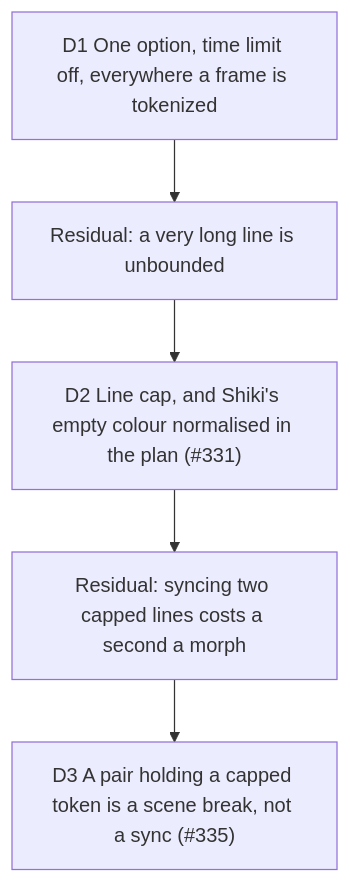
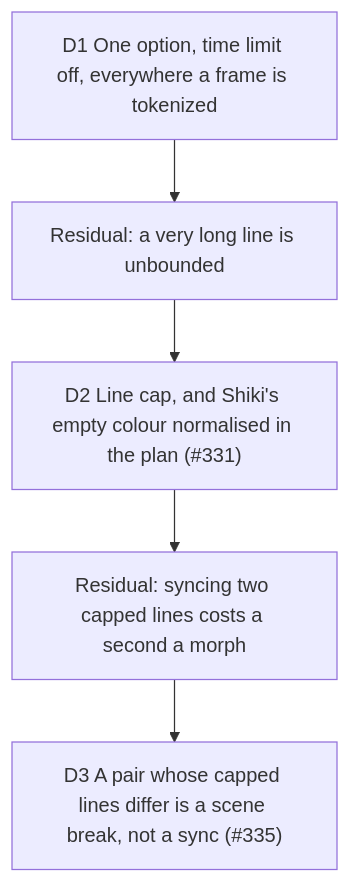
One commit to delhombre/typelapse changed the diagram in docs/decisions/2026-10-14-whole-line-tokenization.md. Above: the diagram before and after it, drawn with Mermaid. The commit also changed other lines of this file and 7 other files, not shown here.

First line of the commit message:
fix(magic-move): only differing capped lines decline the sync, canSync is required (#335)

````diff
--- a/docs/decisions/2026-10-14-whole-line-tokenization.md
+++ b/docs/decisions/2026-10-14-whole-line-tokenization.md
@@ -14,7 +14,7 @@
 ```mermaid
 flowchart TD
   D1["D1 One option, time limit off, everywhere a frame is tokenized"] --> R["Residual: a very long line is unbounded"]
   R --> D2["D2 Line cap, and Shiki's empty colour normalised in the plan (#331)"]
   D2 --> R2["Residual: syncing two capped lines costs a second a morph"]
-  R2 --> D3["D3 A pair holding a capped token is a scene break, not a sync (#335)"]
+  R2 --> D3["D3 A pair whose capped lines differ is a scene break, not a sync (#335)"]
 ```
````
